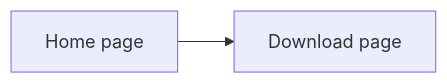
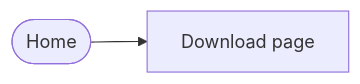
One commit to DCC-EX/mkdocs-test changed the tenth of 10 diagrams in docs/contributing/user-journeys.md. Above: the diagram before and after it, drawn with Mermaid. The commit also changed other lines of this file and 8 other files, not shown here.

````diff
--- a/docs/contributing/user-journeys.md
+++ b/docs/contributing/user-journeys.md
@@ -78,4 +141,4 @@
 ```mermaid
 graph LR
-    A[Home page] --> B[Download page];
+    A([Home]) --> B[Download page];
 ```
````
